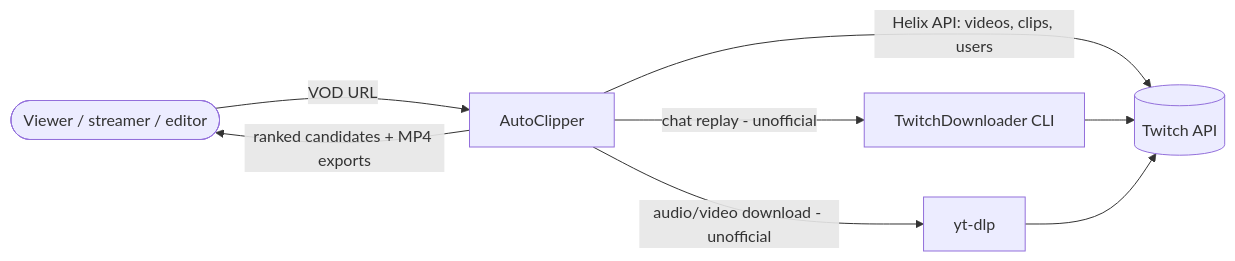
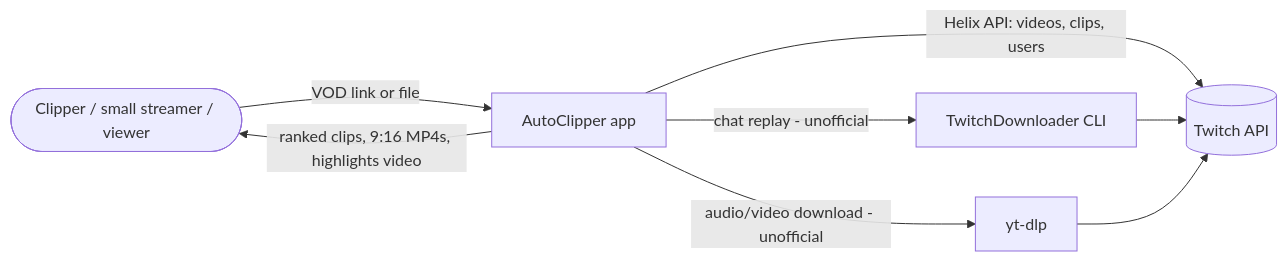
One commit to adillpickles/AutoClipper changed the first of 2 diagrams in docs/architecture/overview.md. Above: the diagram before and after it, drawn with Mermaid. The commit also changed other lines of this file and 71 other files, not shown here.

````diff
--- a/docs/architecture/overview.md
+++ b/docs/architecture/overview.md
@@ -22,10 +22,10 @@
 ```mermaid
 flowchart LR
-    user([Viewer / streamer / editor]) -->|VOD URL| app[AutoClipper]
+    user([Clipper / small streamer / viewer]) -->|VOD link or file| app[AutoClipper app]
     app -->|Helix API: videos, clips, users| twitch[(Twitch API)]
     app -->|chat replay - unofficial| tdl[TwitchDownloader CLI]
     app -->|audio/video download - unofficial| ytdlp[yt-dlp]
-    app -->|ranked candidates + MP4 exports| user
+    app -->|ranked clips, 9:16 MP4s, highlights video| user
     tdl --> twitch
     ytdlp --> twitch
 ```
````
